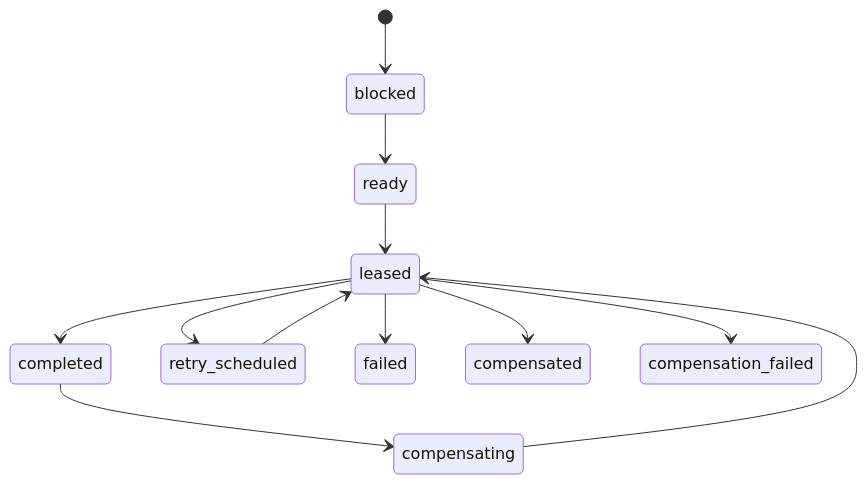
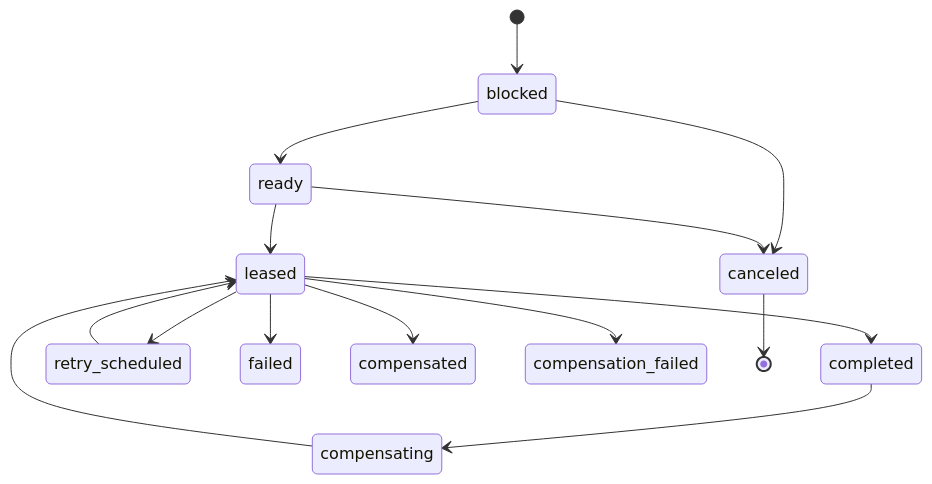
One commit to gurnoorpannu/Sentinel changed the second of 2 diagrams in docs/state-machines.md. Above: the diagram before and after it, drawn with Mermaid. The commit also changed other lines of this file and 8 other files, not shown here.

````diff
--- a/docs/state-machines.md
+++ b/docs/state-machines.md
@@ -37,14 +41,17 @@
 ```mermaid
 stateDiagram-v2
     [*] --> blocked
     blocked --> ready
+    blocked --> canceled
     ready --> leased
+    ready --> canceled
     leased --> completed
     leased --> retry_scheduled
     leased --> failed
     retry_scheduled --> leased
     completed --> compensating
     compensating --> leased
     leased --> compensated
     leased --> compensation_failed
+    canceled --> [*]
 ```
````
